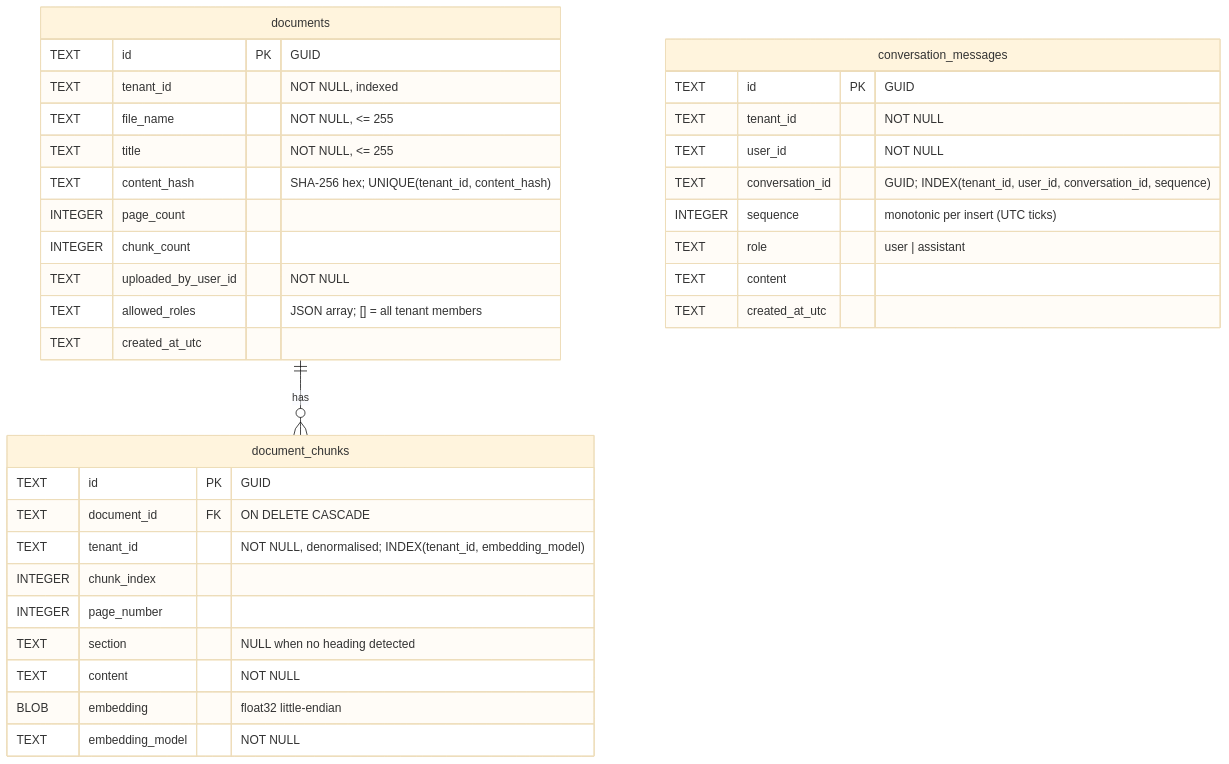
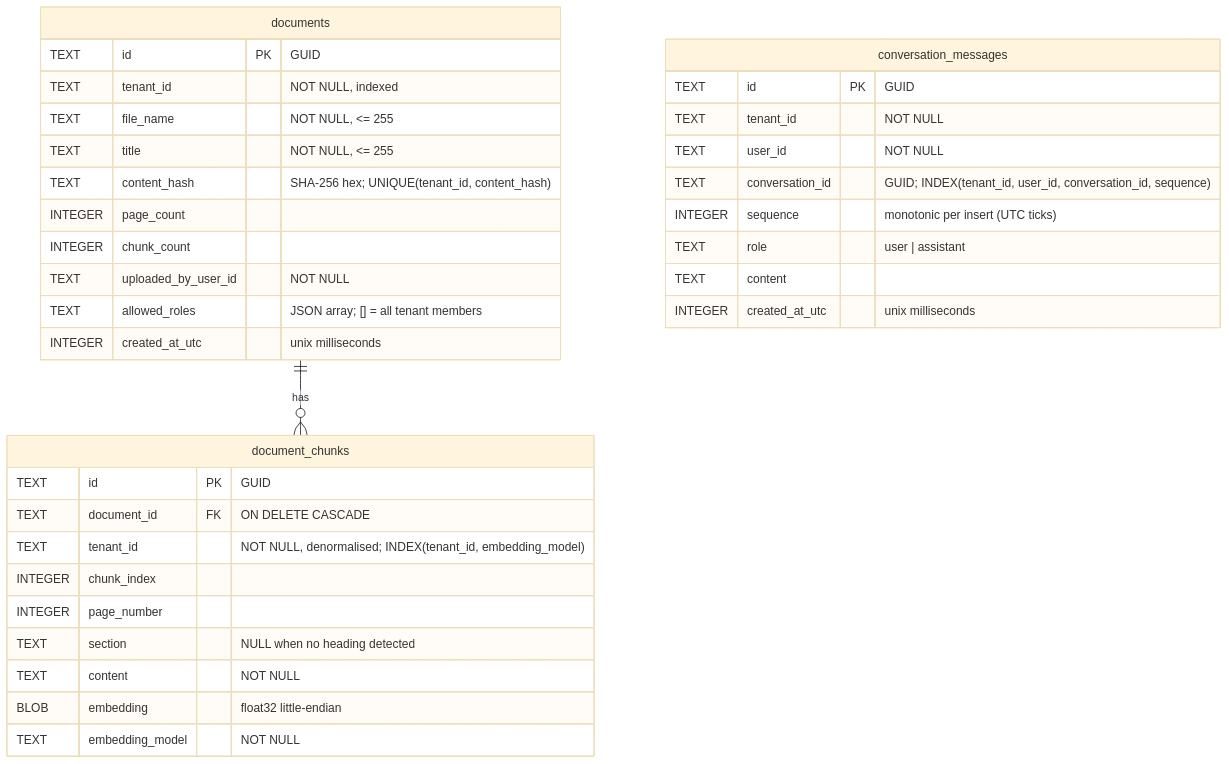
One commit to sagarworlds/ai-application-engineering changed the second of 2 diagrams in docs/02-architecture.md. Above: the diagram before and after it, drawn with Mermaid (base theme). The commit also changed other lines of this file and 35 other files, not shown here.

````diff
--- a/docs/02-architecture.md
+++ b/docs/02-architecture.md
@@ -66,37 +67,37 @@
 ```mermaid
 erDiagram
     documents ||--o{ document_chunks : has
     documents {
         TEXT id PK "GUID"
         TEXT tenant_id "NOT NULL, indexed"
         TEXT file_name "NOT NULL, <= 255"
         TEXT title "NOT NULL, <= 255"
         TEXT content_hash "SHA-256 hex; UNIQUE(tenant_id, content_hash)"
         INTEGER page_count
         INTEGER chunk_count
         TEXT uploaded_by_user_id "NOT NULL"
         TEXT allowed_roles "JSON array; [] = all tenant members"
-        TEXT created_at_utc
+        INTEGER created_at_utc "unix milliseconds"
     }
     document_chunks {
         TEXT id PK "GUID"
         TEXT document_id FK "ON DELETE CASCADE"
         TEXT tenant_id "NOT NULL, denormalised; INDEX(tenant_id, embedding_model)"
         INTEGER chunk_index
         INTEGER page_number
         TEXT section "NULL when no heading detected"
         TEXT content "NOT NULL"
         BLOB embedding "float32 little-endian"
         TEXT embedding_model "NOT NULL"
     }
     conversation_messages {
         TEXT id PK "GUID"
         TEXT tenant_id "NOT NULL"
         TEXT user_id "NOT NULL"
         TEXT conversation_id "GUID; INDEX(tenant_id, user_id, conversation_id, sequence)"
         INTEGER sequence "monotonic per insert (UTC ticks)"
         TEXT role "user | assistant"
         TEXT content
-        TEXT created_at_utc
+        INTEGER created_at_utc "unix milliseconds"
     }
 ```
````
